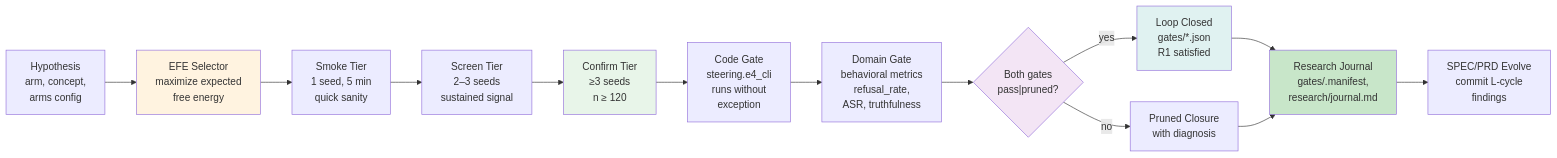
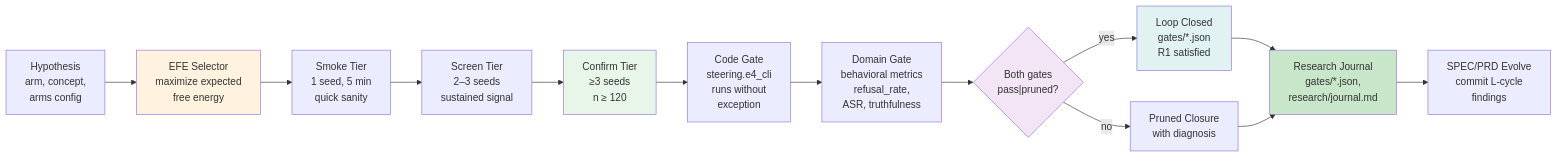
One commit to SharathSPhD/prabodha changed the second of 3 diagrams in README.md. Above: the diagram before and after it, drawn with Mermaid. The commit also changed other lines of this file and 2 other files, not shown here.

Commit message:
fix(flowcharts): review corrections — per-plant band ranges (twin [6,26), Qwen3 [6,30)), Bearer-auth label (was 'HMAC Auth'), drop nonexistent gates/.manifest, fix garbled alpha label

````diff
--- a/README.md
+++ b/README.md
@@ -66,22 +66,22 @@
 ```mermaid
 graph LR
     H["Hypothesis<br/>arm, concept,<br/>arms config"]
     H --> EFE["EFE Selector<br/>maximize expected<br/>free energy"]
     EFE --> SMOKE["Smoke Tier<br/>1 seed, 5 min<br/>quick sanity"]
     SMOKE --> SCREEN["Screen Tier<br/>2–3 seeds<br/>sustained signal"]
     SCREEN --> CONFIRM["Confirm Tier<br/>≥3 seeds<br/>n ≥ 120"]
     CONFIRM --> CODE["Code Gate<br/>steering.e4_cli<br/>runs without<br/>exception"]
     CODE --> DOMAIN["Domain Gate<br/>behavioral metrics<br/>refusal_rate,<br/>ASR, truthfulness"]
     DOMAIN --> BOTH{"Both gates<br/>pass|pruned?"}
     BOTH -->|yes| CLOSED["Loop Closed<br/>gates/*.json<br/>R1 satisfied"]
     BOTH -->|no| PRUNE["Pruned Closure<br/>with diagnosis"]
-    CLOSED --> JOURNAL["Research Journal<br/>gates/.manifest,<br/>research/journal.md"]
+    CLOSED --> JOURNAL["Research Journal<br/>gates/*.json,<br/>research/journal.md"]
     PRUNE --> JOURNAL
     JOURNAL --> SPEC["SPEC/PRD Evolve<br/>commit L-cycle<br/>findings"]
     
     style EFE fill:#fff3e0
     style CONFIRM fill:#e8f5e9
     style BOTH fill:#f3e5f5
     style CLOSED fill:#e0f2f1
     style JOURNAL fill:#c8e6c9
 ```
````
